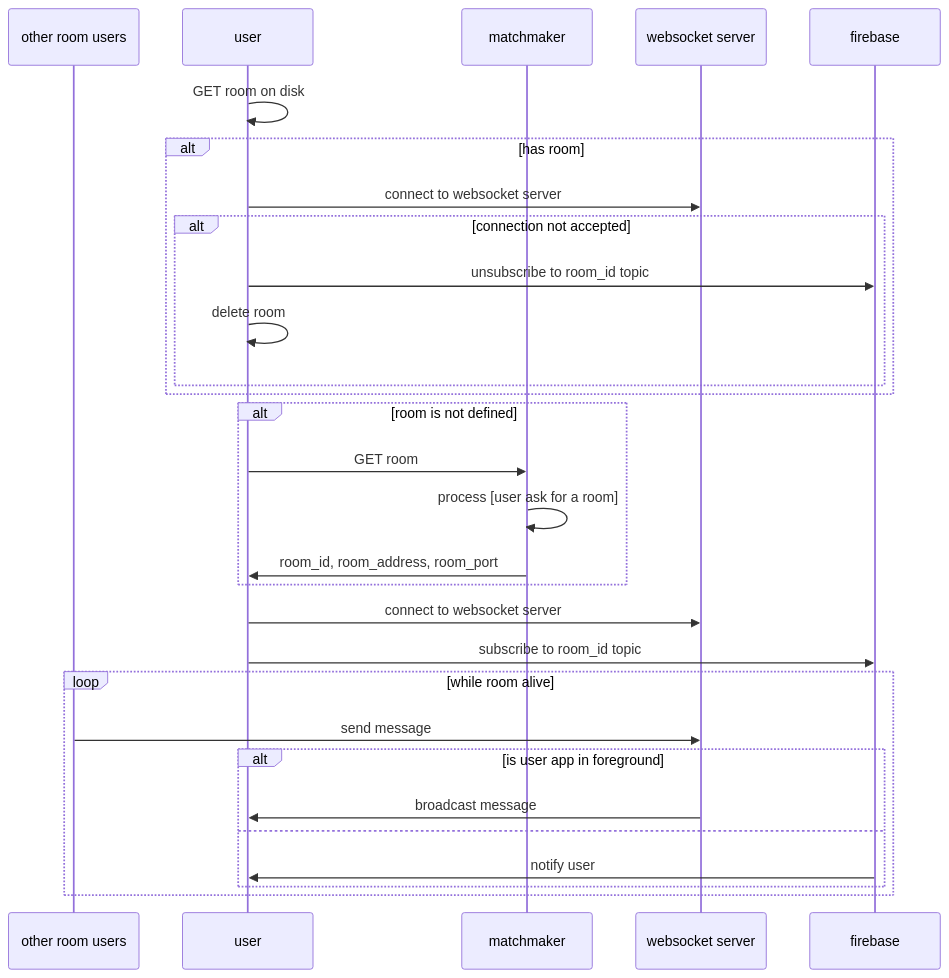
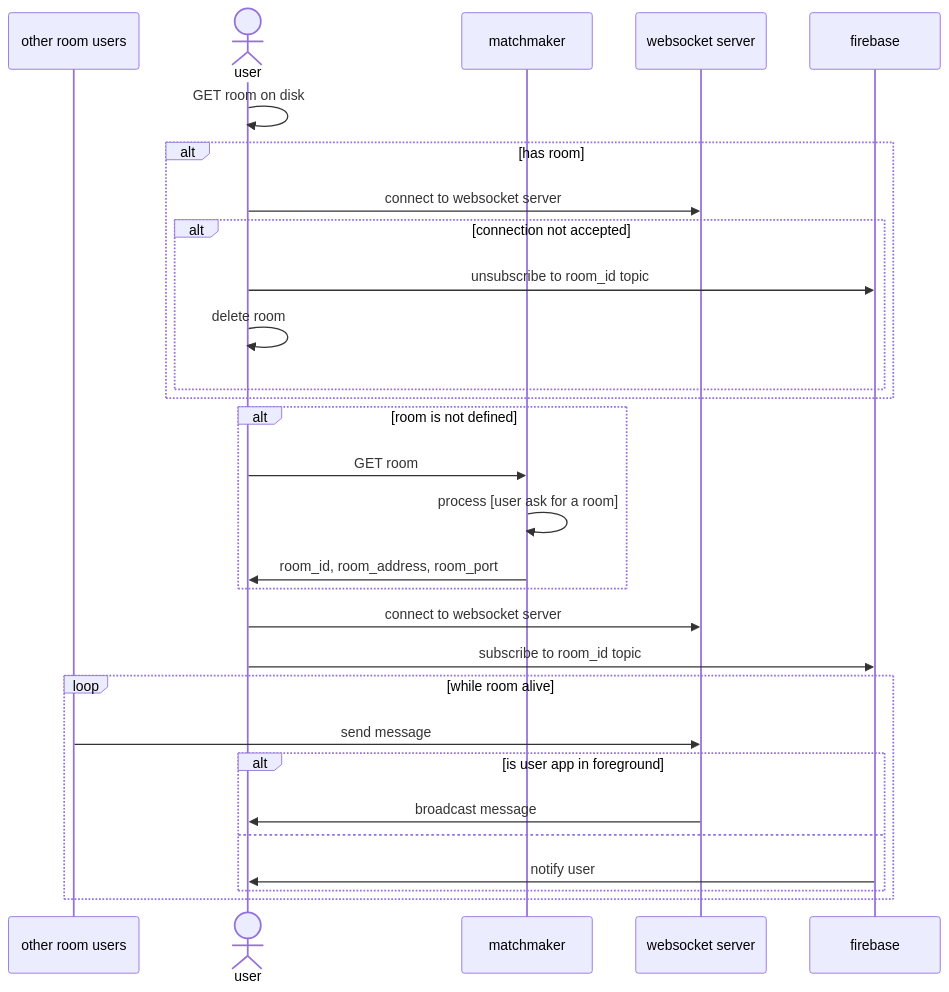
One commit to AdrKacz/super-duper-guacamole changed the third of 5 diagrams in README.md. Above: the diagram before and after it, drawn with Mermaid. The commit also changed other lines of this file, not shown here.

````diff
--- a/README.md
+++ b/README.md
@@ -52,31 +52,31 @@
 ```mermaid
 sequenceDiagram
     participant oth as other room users
-    participant u as user
+    actor u as user
     participant m as matchmaker
     participant s as websocket server
     participant f as firebase
     u ->> u: GET room on disk
     alt has room
         u ->> s: connect to websocket server
         alt connection not accepted
             u ->> f: unsubscribe to room_id topic
             u ->> u: delete room
         end
     end
     alt room is not defined
         u ->> m: GET room
         m ->> m: process [user ask for a room]
         m ->> u: room_id, room_address, room_port
     end
     u ->> s: connect to websocket server
     u ->> f: subscribe to room_id topic
     loop while room alive
         oth ->> s: send message
         alt is user app in foreground
             s ->> u: broadcast message
         else
             f ->> u: notify user
         end
     end
 ```
````
